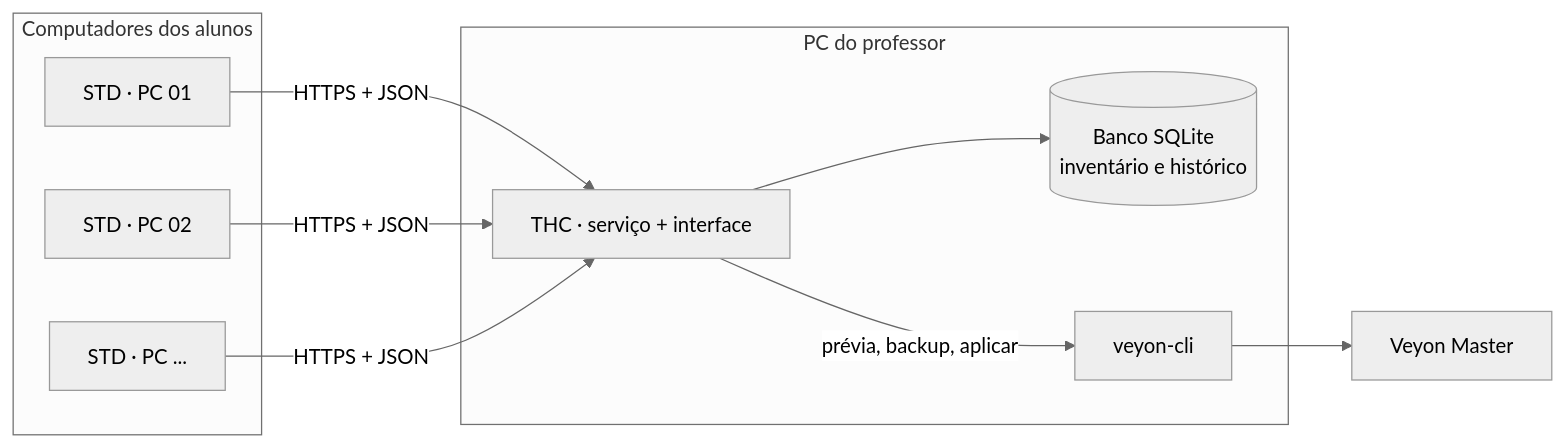
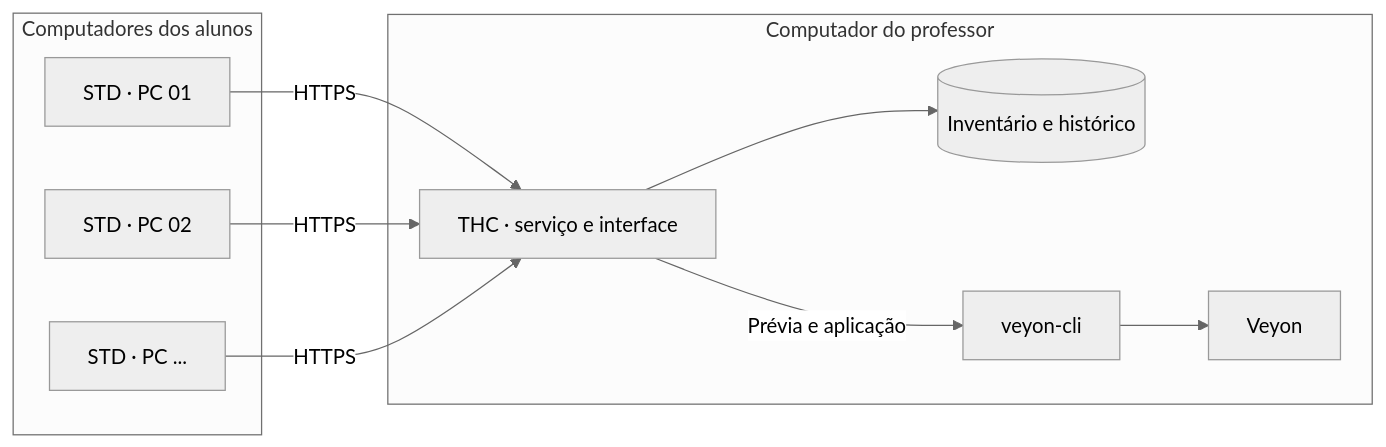
The diagram in README.md (Rgc166/VeyonSync), drawn with Mermaid (neutral theme) before and after one commit. The commit also changed other lines of this file and 7 other files, not shown here.

````diff
--- a/README.md
+++ b/README.md
@@ -25,19 +22,22 @@
 ```mermaid
 flowchart LR
-    subgraph A["Computadores dos alunos"]
-        S1["STD · PC 01"]
-        S2["STD · PC 02"]
-        S3["STD · PC ..."]
+    subgraph ALUNOS[Computadores dos alunos]
+        STD1[STD · PC 01]
+        STD2[STD · PC 02]
+        STD3[STD · PC ...]
     end
-    subgraph P["PC do professor"]
-        T["THC · serviço + interface"]
-        DB[("Banco SQLite<br/>inventário e histórico")]
-        V["veyon-cli"]
+
+    subgraph PROFESSOR[Computador do professor]
+        THC[THC · serviço e interface]
+        DB[(Inventário e histórico)]
+        CLI[veyon-cli]
+        VM[Veyon]
     end
-    S1 -- "HTTPS + JSON" --> T
-    S2 -- "HTTPS + JSON" --> T
-    S3 -- "HTTPS + JSON" --> T
-    T --> DB
-    T -- "prévia, backup, aplicar" --> V
-    V --> VM["Veyon Master"]
+
+    STD1 -->|HTTPS| THC
+    STD2 -->|HTTPS| THC
+    STD3 -->|HTTPS| THC
+    THC --> DB
+    THC -->|Prévia e aplicação| CLI
+    CLI --> VM
 ```
````
